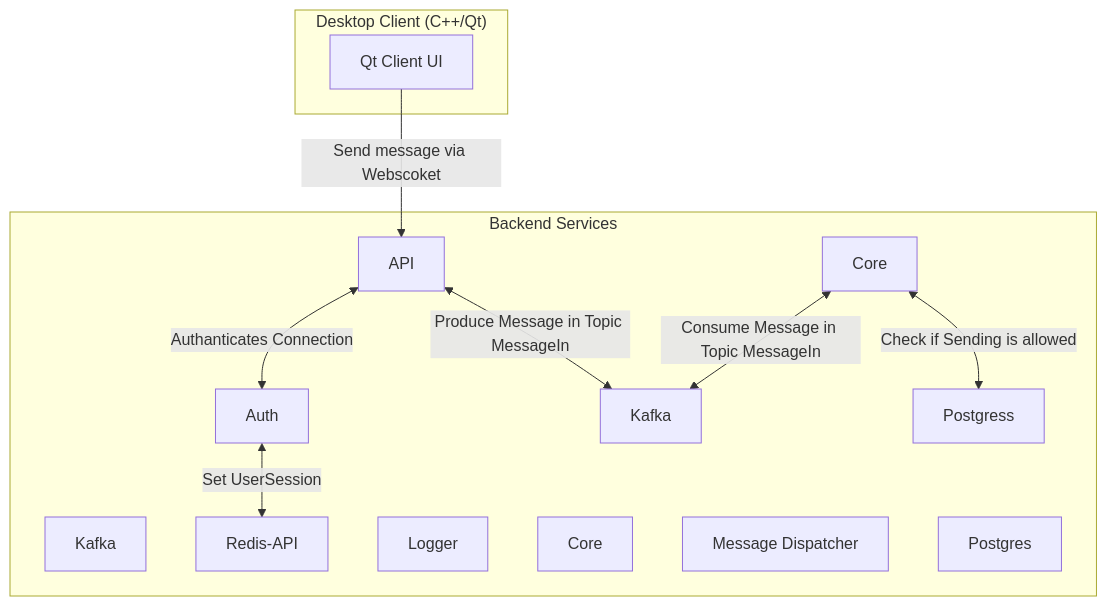
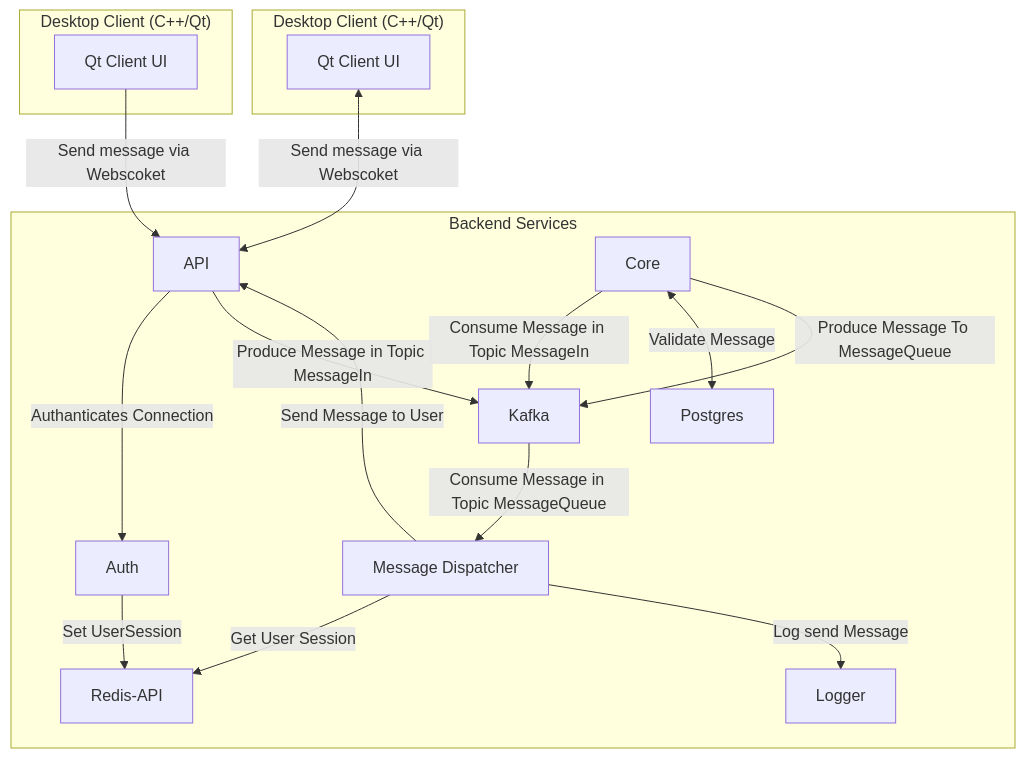
The diagram in Backend/BackendPlan.md (DeanPrangenberg/Ventra-Messenger-Backend), drawn with Mermaid before and after one commit.

````diff
--- a/Backend/BackendPlan.md
+++ b/Backend/BackendPlan.md
@@ -3,27 +3,38 @@
 ```mermaid
   graph TD
-    subgraph Client["Desktop Client (C++/Qt)"]
-        UI[Qt Client UI]
+    subgraph Client-1["Desktop Client (C++/Qt)"]
+        UI1[Qt Client UI]
+    end
+
+    subgraph Client-2["Desktop Client (C++/Qt)"]
+        UI2[Qt Client UI]
     end
     
-    UI --> |Send message via Webscoket|API[API]
+    UI1 --> |Send message via Webscoket|API[API]
+    UI2 <--> |Send message via Webscoket|API[API]
     
     subgraph Backend["Backend Services"]
         API[API]
         KAFKA[Kafka]
         REDIS-API[Redis-API]
         LOGGER[Logger]
         CORE[Core]
         AUTH[Auth]
         MD[Message Dispatcher]
         POSTGRES[Postgres]
 
-        API <--> |Authanticates Connection| AUTH
-        AUTH <--> |Set UserSession| REDIS-API
-        API <--> |Produce Message in Topic MessageIn| Kafka
+        API --> |Authanticates Connection| AUTH
+        AUTH --> |Set UserSession| REDIS-API
+        API --> |Produce Message in Topic MessageIn| KAFKA
 
-        Core <--> |Consume Message in Topic MessageIn| Kafka
-        Core <--> |Check if Sending is allowed| Postgress
+        CORE --> |Consume Message in Topic MessageIn| KAFKA
+        CORE <--> |Validate Message| POSTGRES
+        CORE --> |Produce Message To MessageQueue| KAFKA
+
+        KAFKA --> |Consume Message in Topic MessageQueue| MD
+        MD --> |Get User Session| REDIS-API
+        MD --> |Log send Message| LOGGER
+        MD --> |Send Message to User| API
         
     end
 ```
````
